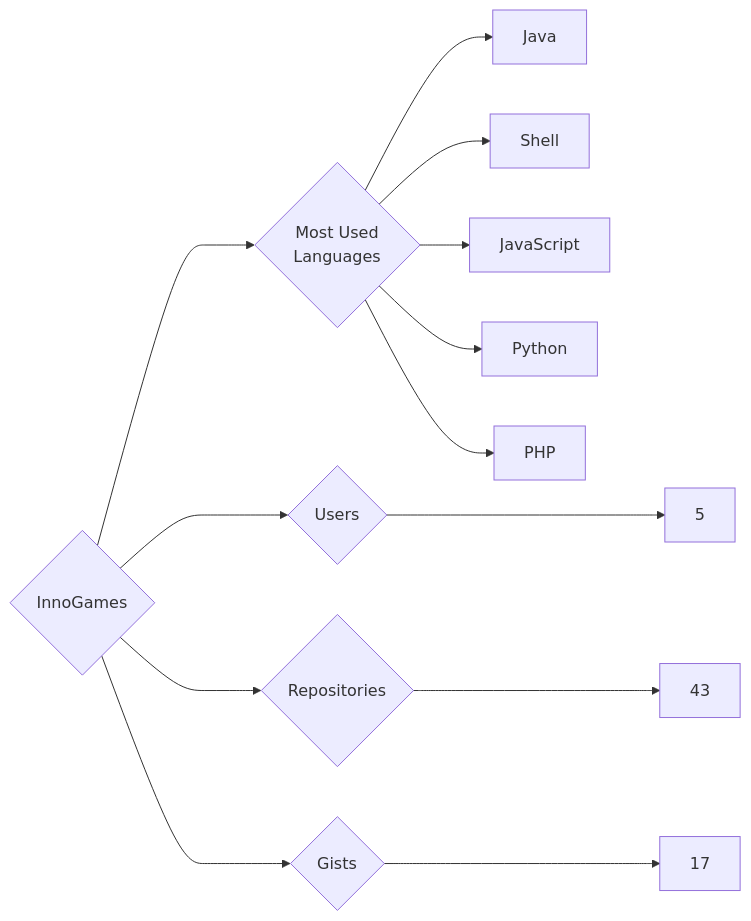
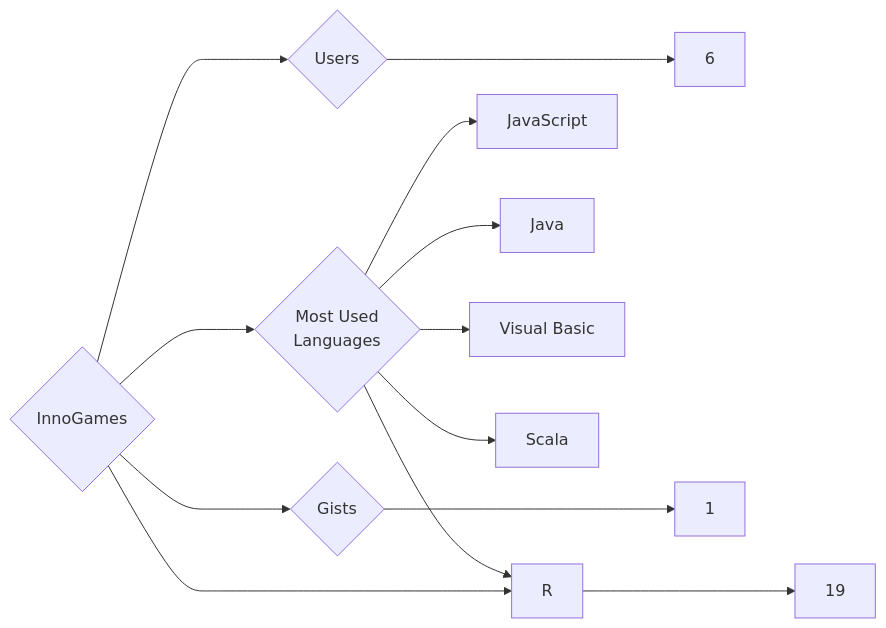
The diagram in targets/InnoGames/README.md (trickest/insiders), drawn with Mermaid before and after one commit. The commit also changed 1089 other files, not shown here.

````diff
--- a/targets/InnoGames/README.md
+++ b/targets/InnoGames/README.md
@@ -3,13 +3,13 @@
 ```mermaid
 graph LR
 COMPANY_NAME{InnoGames}
-COMPANY_NAME ---> U{Users} ---> UN[5]
-COMPANY_NAME ---> R{Repositories} ---> RN[43]
-COMPANY_NAME ---> G{Gists} ---> GN[17]
+COMPANY_NAME ---> U{Users} ---> UN[6]
+COMPANY_NAME ---> R{Repositories} ---> RN[19]
+COMPANY_NAME ---> G{Gists} ---> GN[1]
 COMPANY_NAME ---> ML{Most Used<br>Languages}
+ML --> JavaScript[JavaScript]
 ML --> Java[Java]
-ML --> Shell[Shell]
-ML --> JavaScript[JavaScript]
-ML --> Python[Python]
-ML --> PHP[PHP]
+ML --> Visual_Basic[Visual Basic]
+ML --> Scala[Scala]
+ML --> R[R]
 ```
````
